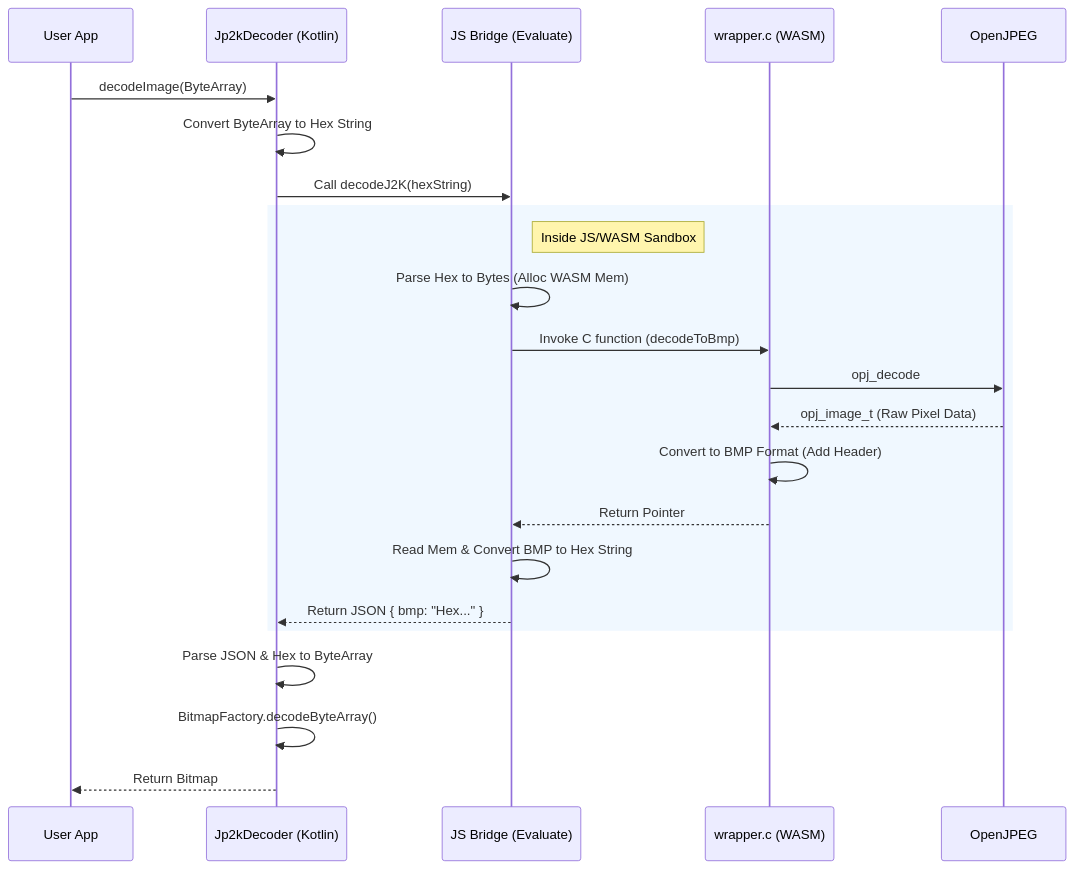
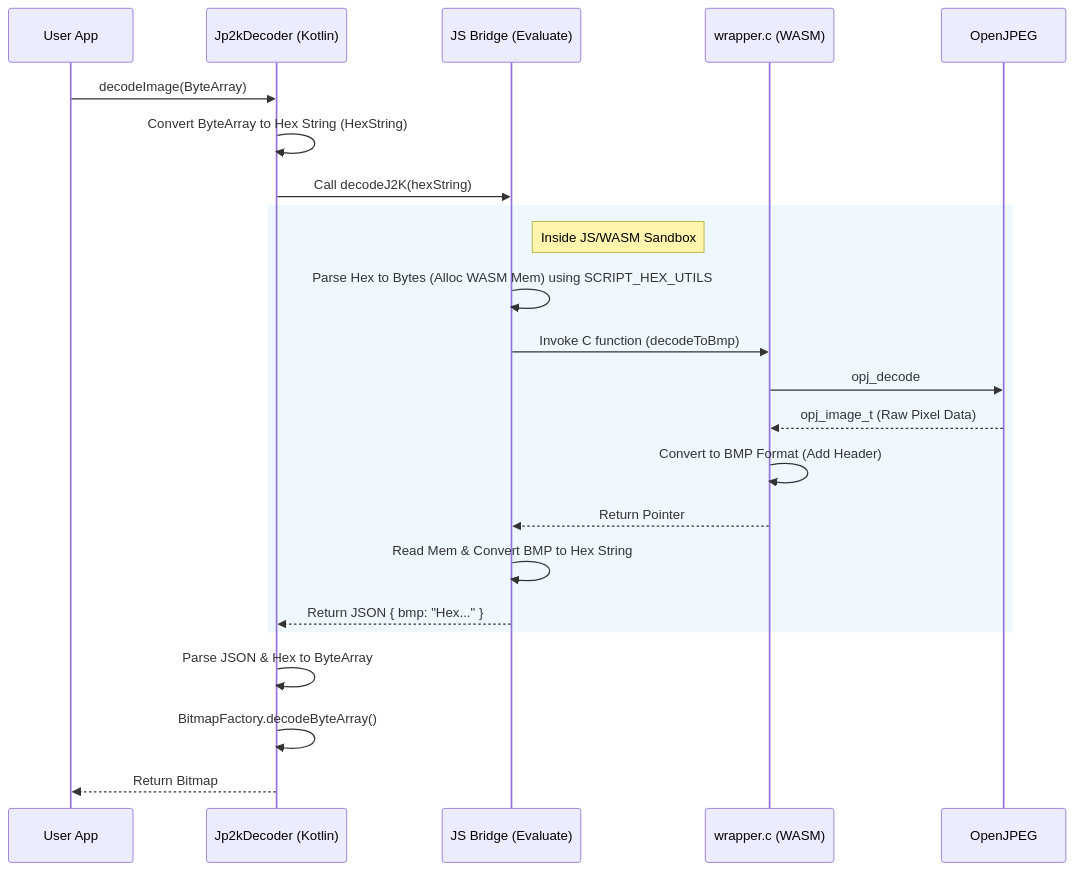
One commit to keiji/jp2k-decoder-android changed the second of 3 diagrams in docs/design.md. Above: the diagram before and after it, drawn with Mermaid. The commit also changed other lines of this file, not shown here.

First line of the commit message:
Update design doc for WASM HexString loading

````diff
--- a/docs/design.md
+++ b/docs/design.md
@@ -52,27 +52,27 @@
 ```mermaid
 sequenceDiagram
     participant App as User App
     participant Kotlin as Jp2kDecoder (Kotlin)
     participant Bridge as JS Bridge (Evaluate)
     participant WASM as wrapper.c (WASM)
     participant OpenJPEG as OpenJPEG
 
     App->>Kotlin: decodeImage(ByteArray)
-    Kotlin->>Kotlin: Convert ByteArray to Hex String
+    Kotlin->>Kotlin: Convert ByteArray to Hex String (HexString)
     Kotlin->>Bridge: Call decodeJ2K(hexString)
 
     rect rgb(240, 248, 255)
     note right of Bridge: Inside JS/WASM Sandbox
-    Bridge->>Bridge: Parse Hex to Bytes (Alloc WASM Mem)
+    Bridge->>Bridge: Parse Hex to Bytes (Alloc WASM Mem) using SCRIPT_HEX_UTILS
     Bridge->>WASM: Invoke C function (decodeToBmp)
     WASM->>OpenJPEG: opj_decode
     OpenJPEG-->>WASM: opj_image_t (Raw Pixel Data)
     WASM->>WASM: Convert to BMP Format (Add Header)
     WASM-->>Bridge: Return Pointer
     Bridge->>Bridge: Read Mem & Convert BMP to Hex String
     Bridge-->>Kotlin: Return JSON { bmp: "Hex..." }
     end
     Kotlin->>Kotlin: Parse JSON & Hex to ByteArray
     Kotlin->>Kotlin: BitmapFactory.decodeByteArray()
     Kotlin-->>App: Return Bitmap
 ```
````
